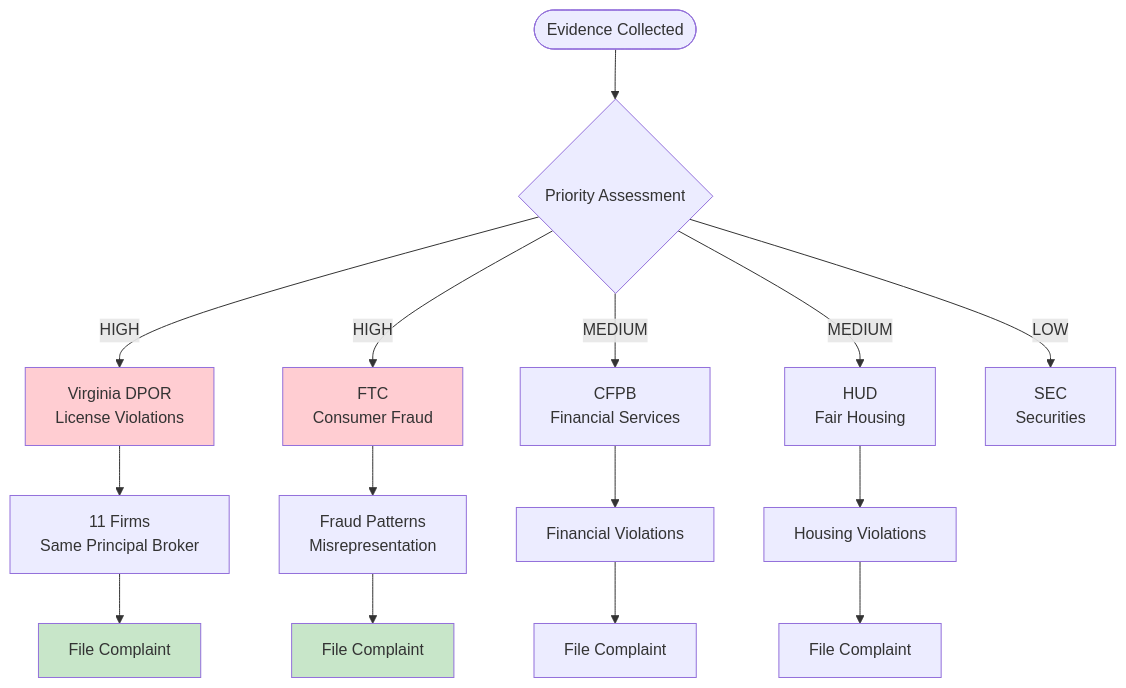
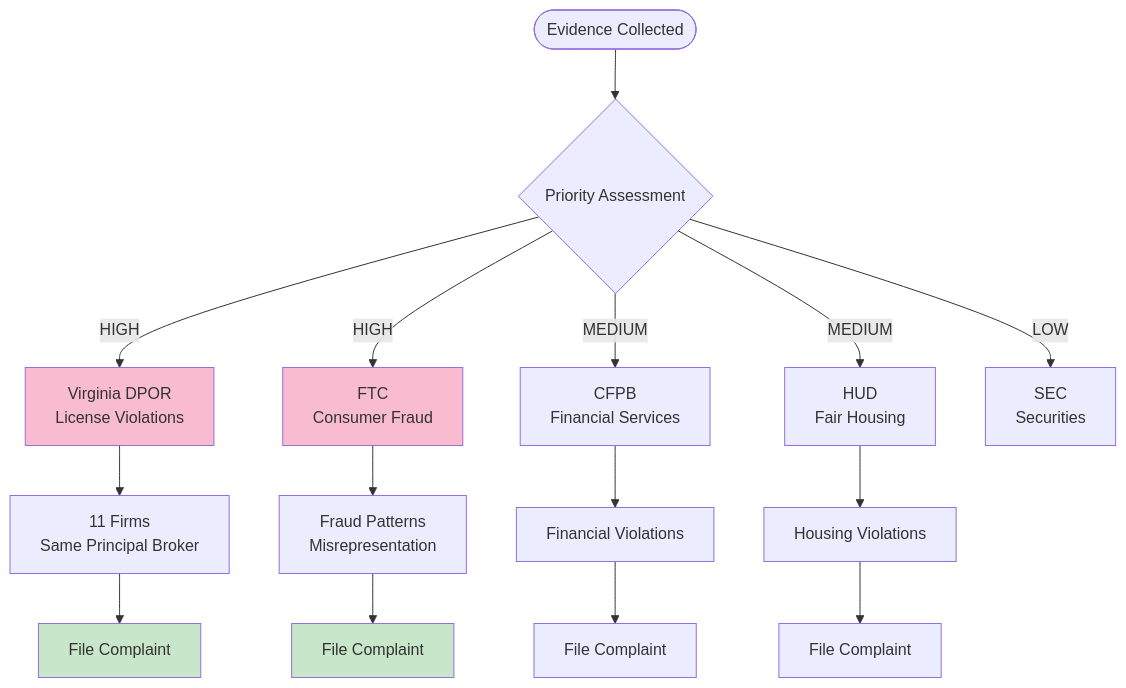
The second of 2 diagrams in docs/guides/FILING_GUIDE.md (1digitaldesign/kettler-data-analysis), drawn with Mermaid before and after one commit. The commit also changed other lines of this file and 16 other files, not shown here.

First line of the commit message:
Refactor all diagrams with pastel color scheme and add new diagrams

````diff
--- a/docs/guides/FILING_GUIDE.md
+++ b/docs/guides/FILING_GUIDE.md
@@ -104,25 +104,25 @@
 ```mermaid
 flowchart TD
     START([Evidence Collected]) --> PRIORITY{Priority Assessment}
-    
+
     PRIORITY -->|HIGH| VA[Virginia DPOR<br/>License Violations]
     PRIORITY -->|HIGH| FTC[FTC<br/>Consumer Fraud]
     PRIORITY -->|MEDIUM| CFPB[CFPB<br/>Financial Services]
     PRIORITY -->|MEDIUM| HUD[HUD<br/>Fair Housing]
     PRIORITY -->|LOW| SEC[SEC<br/>Securities]
-    
+
     VA --> EVID1[11 Firms<br/>Same Principal Broker]
     FTC --> EVID2[Fraud Patterns<br/>Misrepresentation]
     CFPB --> EVID3[Financial Violations]
     HUD --> EVID4[Housing Violations]
-    
+
     EVID1 --> FILE1[File Complaint]
     EVID2 --> FILE2[File Complaint]
     EVID3 --> FILE3[File Complaint]
     EVID4 --> FILE4[File Complaint]
-    
-    style VA fill:#ffcdd2
-    style FTC fill:#ffcdd2
-    style FILE1 fill:#c8e6c9
-    style FILE2 fill:#c8e6c9
+
+    style VA fill:#F8BBD0
+    style FTC fill:#F8BBD0
+    style FILE1 fill:#C8E6C9
+    style FILE2 fill:#C8E6C9
 ```
````
